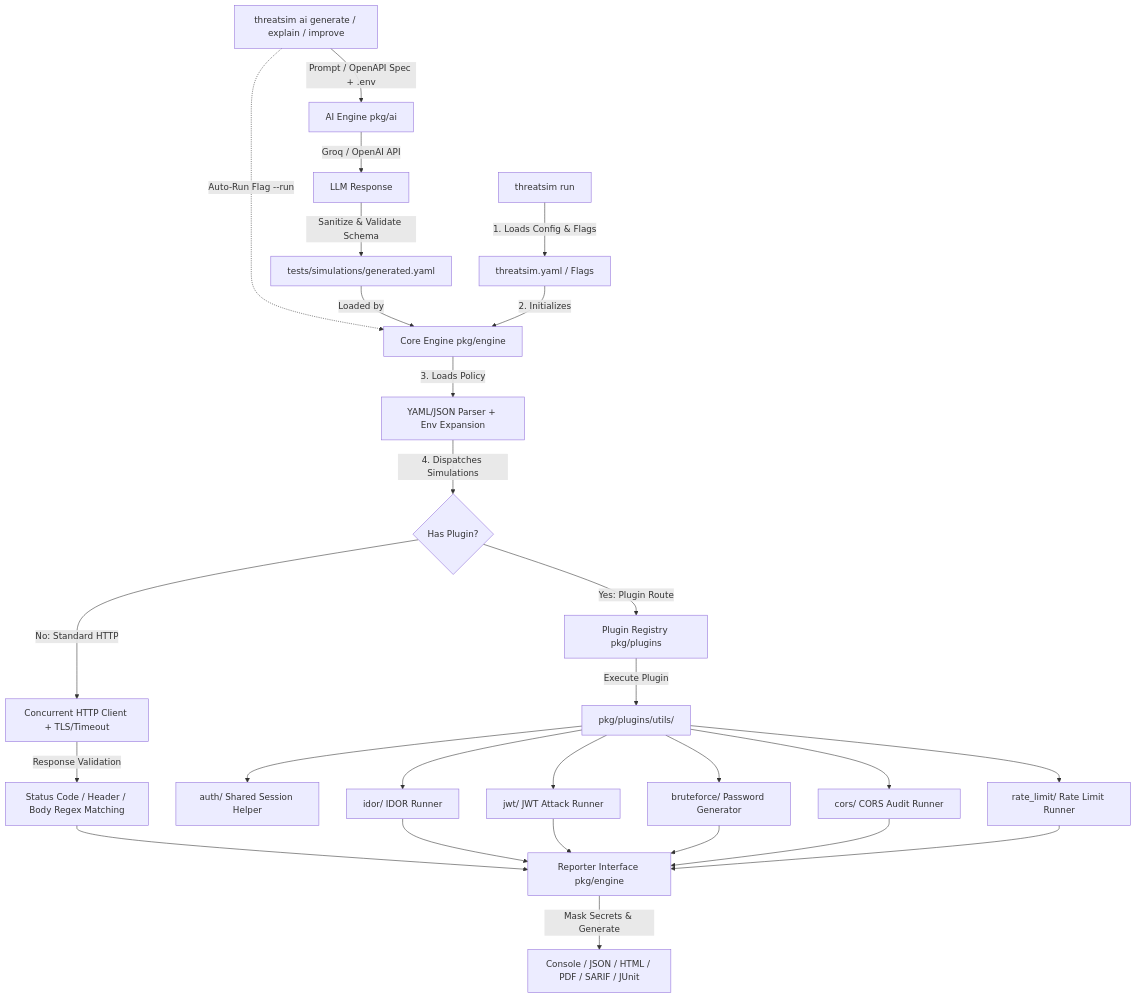
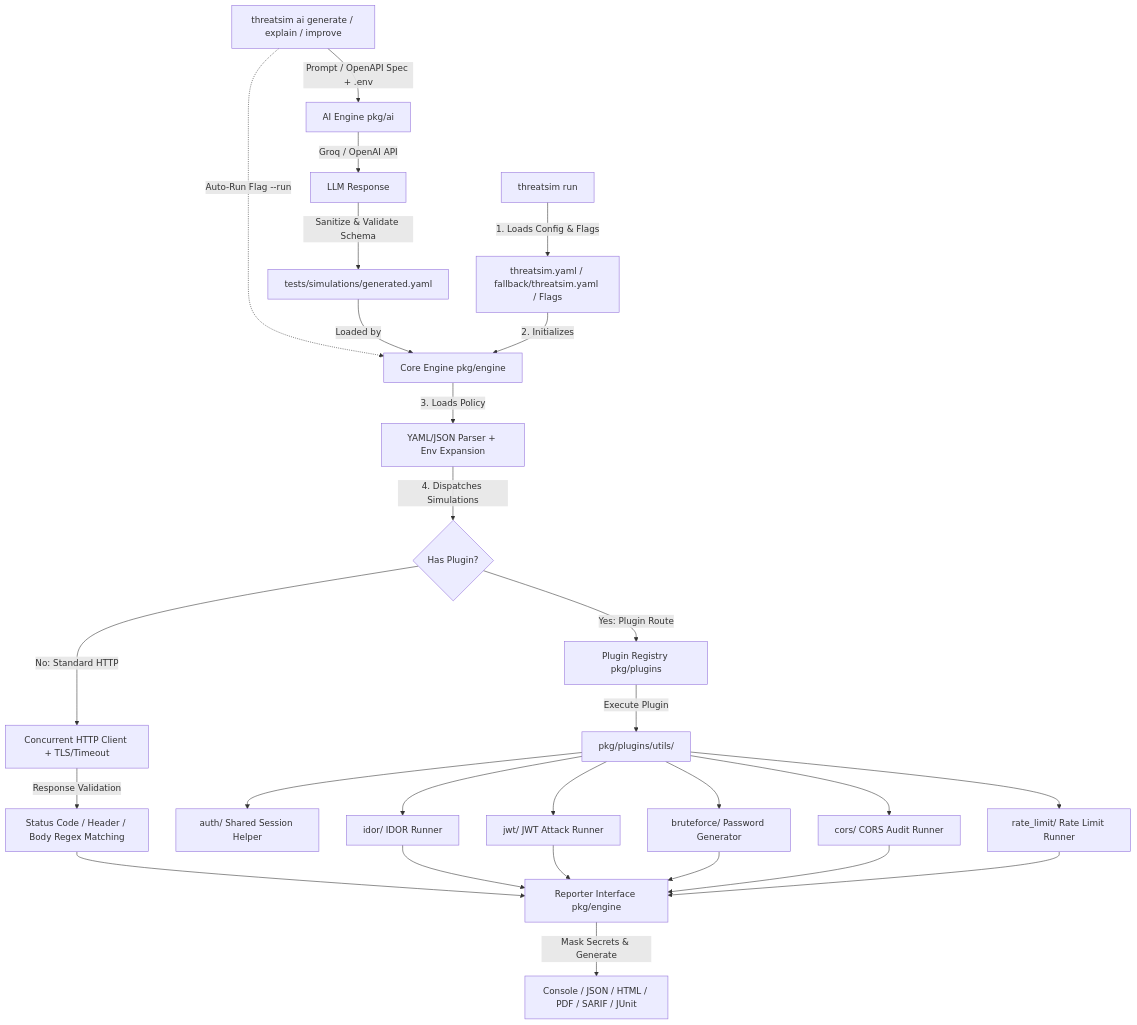
The diagram in README.md (Stratify-Systems/ThreatSIM), drawn with Mermaid before and after one commit. The commit also changed other lines of this file and 4 other files, not shown here.

Commit message:
feat: move default configuration to fallback/threatsim.yaml and update loading logic

````diff
--- a/README.md
+++ b/README.md
@@ -31,37 +31,38 @@
 ```mermaid
 flowchart TD
     AICLI[threatsim ai generate / explain / improve] -->|Prompt / OpenAPI Spec + .env| AIEngine[AI Engine pkg/ai]
     AIEngine -->|Groq / OpenAI API| LLM[LLM Response]
     LLM -->|Sanitize & Validate Schema| PolicyYAML[tests/simulations/generated.yaml]
     
     AICLI -.->|Auto-Run Flag --run| Engine
     PolicyYAML -->|Loaded by| Engine
 
-    CLI[threatsim run] -->|1. Loads Config & Flags| Config[threatsim.yaml / Flags]
+    CLI[threatsim run] -->|1. Loads Config & Flags| Config[threatsim.yaml / fallback/threatsim.yaml / Flags]
     Config -->|2. Initializes| Engine[Core Engine pkg/engine]
+
     
     Engine -->|3. Loads Policy| Parser[YAML/JSON Parser + Env Expansion]
     Parser -->|4. Dispatches Simulations| Router{Has Plugin?}
     
     Router -->|No: Standard HTTP| HTTPClient[Concurrent HTTP Client + TLS/Timeout]
     HTTPClient -->|Response Validation| Asserts[Status Code / Header / Body Regex Matching]
     
     Router -->|Yes: Plugin Route| Registry[Plugin Registry pkg/plugins]
     Registry -->|Execute Plugin| AttackUtils[pkg/plugins/utils/]
     
     AttackUtils --> AuthHelper[auth/ Shared Session Helper]
     AttackUtils --> IDORRunner[idor/ IDOR Runner]
     AttackUtils --> JWTRunner[jwt/ JWT Attack Runner]
     AttackUtils --> BruteforceRunner[bruteforce/ Password Generator]
     AttackUtils --> CORSRunner[cors/ CORS Audit Runner]
     AttackUtils --> RateLimitRunner[rate_limit/ Rate Limit Runner]
     
     Asserts --> Reporter[Reporter Interface pkg/engine]
     IDORRunner --> Reporter
     JWTRunner --> Reporter
     BruteforceRunner --> Reporter
     CORSRunner --> Reporter
     RateLimitRunner --> Reporter
     
     Reporter -->|Mask Secrets & Generate| Output[Console / JSON / HTML / PDF / SARIF / JUnit]
 ```
````
